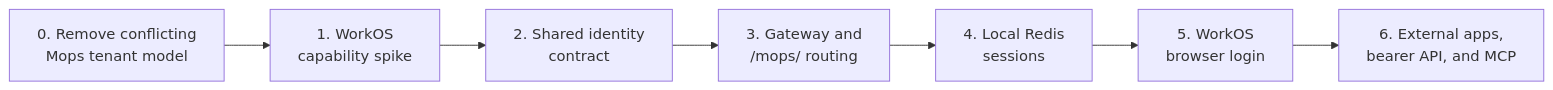
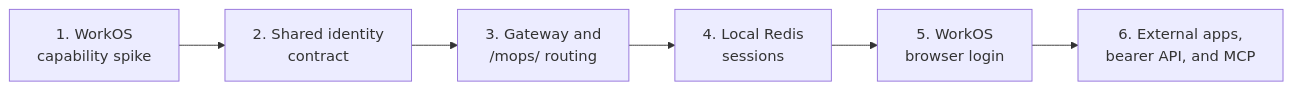
One commit to jackvincentnz/lab changed the fourth of 4 diagrams in docs/platform/identity-gateway.md. Above: the diagram before and after it, drawn with Mermaid. The commit also changed 32 other files, not shown here.

````diff
--- a/docs/platform/identity-gateway.md
+++ b/docs/platform/identity-gateway.md
@@ -127,9 +127,9 @@
 ```mermaid
 flowchart LR
-    I0["0. Remove conflicting<br/>Mops tenant model"] --> I1["1. WorkOS<br/>capability spike"]
+    I1["1. WorkOS<br/>capability spike"]
     I1 --> I2["2. Shared identity<br/>contract"]
     I2 --> I3["3. Gateway and<br/>/mops/ routing"]
     I3 --> I4["4. Local Redis<br/>sessions"]
     I4 --> I5["5. WorkOS<br/>browser login"]
     I5 --> I6["6. External apps,<br/>bearer API, and MCP"]
 ```
````
